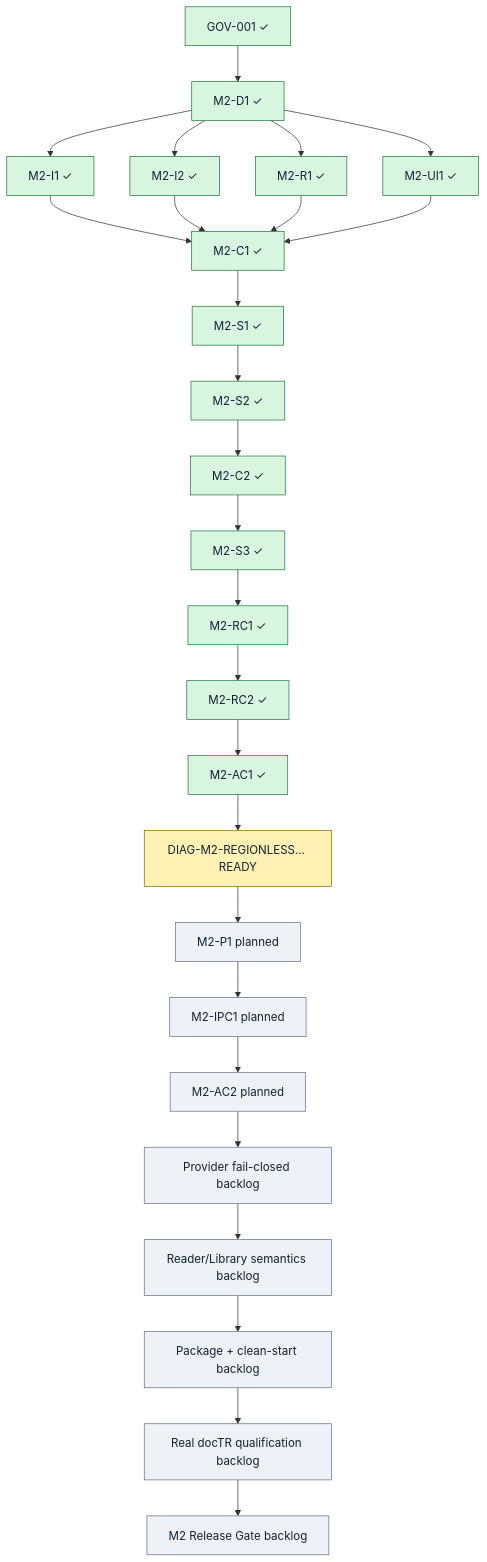
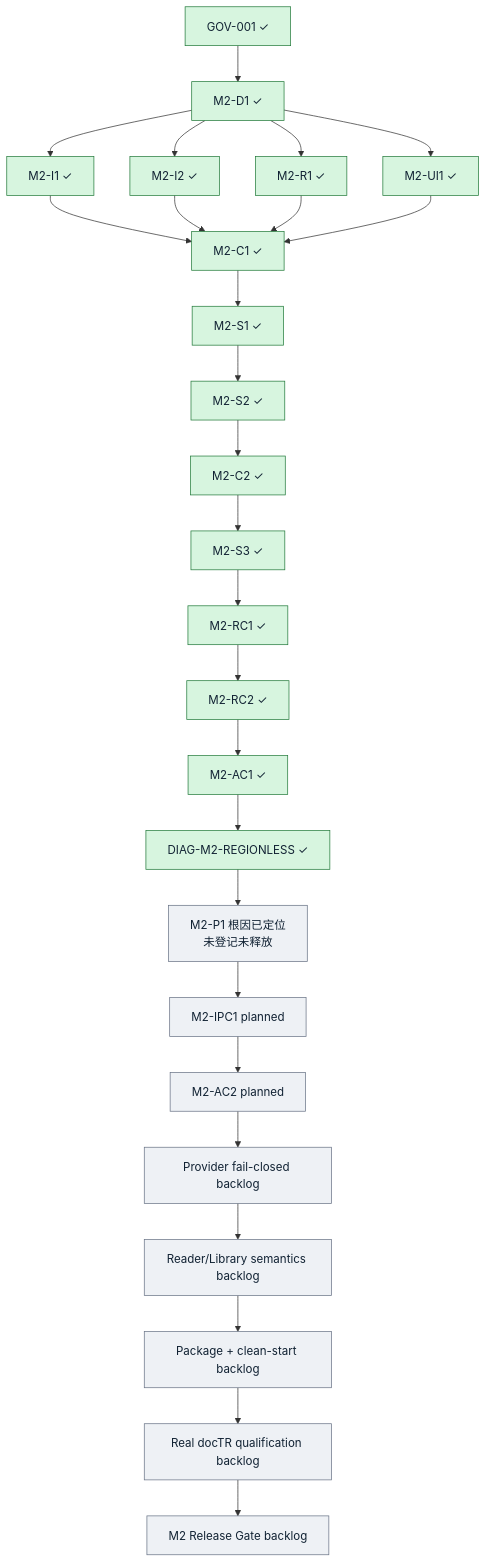
The diagram in doc/REBASELINE_PLAN.md (peakwheat-pixel/New-Manga), drawn with Mermaid before and after one commit. The commit also changed other lines of this file and 6 other files, not shown here.

Commit message:
docs: close out DIAG-M2-REGIONLESS-LOCK-CHANGED-001 — done at merge b5ac097f; fix NOT released (M2-P1 candidate)

````diff
--- a/doc/REBASELINE_PLAN.md
+++ b/doc/REBASELINE_PLAN.md
@@ -55,28 +55,27 @@
 ```mermaid
 flowchart TD
   GOV["GOV-001 ✓"] --> D1["M2-D1 ✓"]
   D1 --> I1["M2-I1 ✓"]
   D1 --> I2["M2-I2 ✓"]
   D1 --> R1["M2-R1 ✓"]
   D1 --> UI1["M2-UI1 ✓"]
   I1 --> C1["M2-C1 ✓"]
   I2 --> C1
   R1 --> C1
   UI1 --> C1
   C1 --> S1["M2-S1 ✓"] --> S2["M2-S2 ✓"] --> C2["M2-C2 ✓"] --> S3["M2-S3 ✓"] --> RC1["M2-RC1 ✓"] --> RC2["M2-RC2 ✓"] --> AC1["M2-AC1 ✓"]
-  AC1 --> DIAG["DIAG-M2-REGIONLESS... READY"]
-  DIAG --> P1["M2-P1 planned"]
+  AC1 --> DIAG["DIAG-M2-REGIONLESS ✓"]
+  DIAG --> P1["M2-P1 根因已定位<br>未登记未释放"]
   P1 --> IPC1["M2-IPC1 planned"]
   IPC1 --> AC2["M2-AC2 planned"]
   AC2 --> AC3["Provider fail-closed backlog"]
   AC3 --> AC4["Reader/Library semantics backlog"]
   AC4 --> PKG["Package + clean-start backlog"]
   PKG --> ML["Real docTR qualification backlog"]
   ML --> RG["M2 Release Gate backlog"]
   classDef done fill:#d7f5df,stroke:#237a3b,color:#123;
   classDef ready fill:#fff0b3,stroke:#8a6d00,color:#123;
   classDef planned fill:#eef1f5,stroke:#697386,color:#123;
-  class GOV,D1,I1,I2,R1,UI1,C1,S1,S2,C2,S3,RC1,RC2,AC1 done;
-  class DIAG ready;
+  class GOV,D1,I1,I2,R1,UI1,C1,S1,S2,C2,S3,RC1,RC2,AC1,DIAG done;
   class P1,IPC1,AC2,AC3,AC4,PKG,ML,RG planned;
 ```
````
